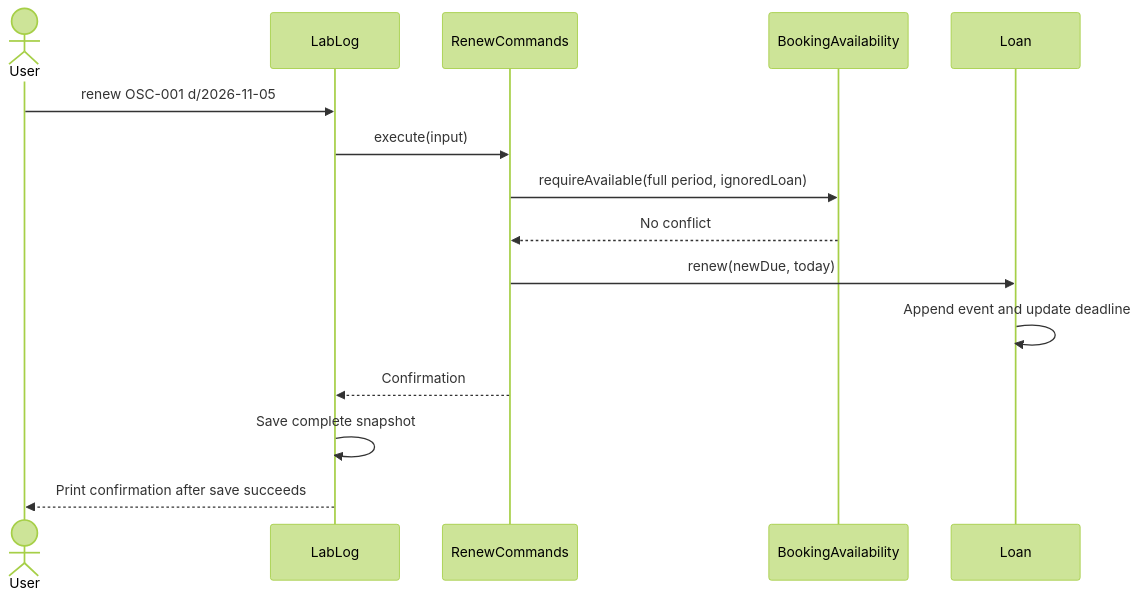
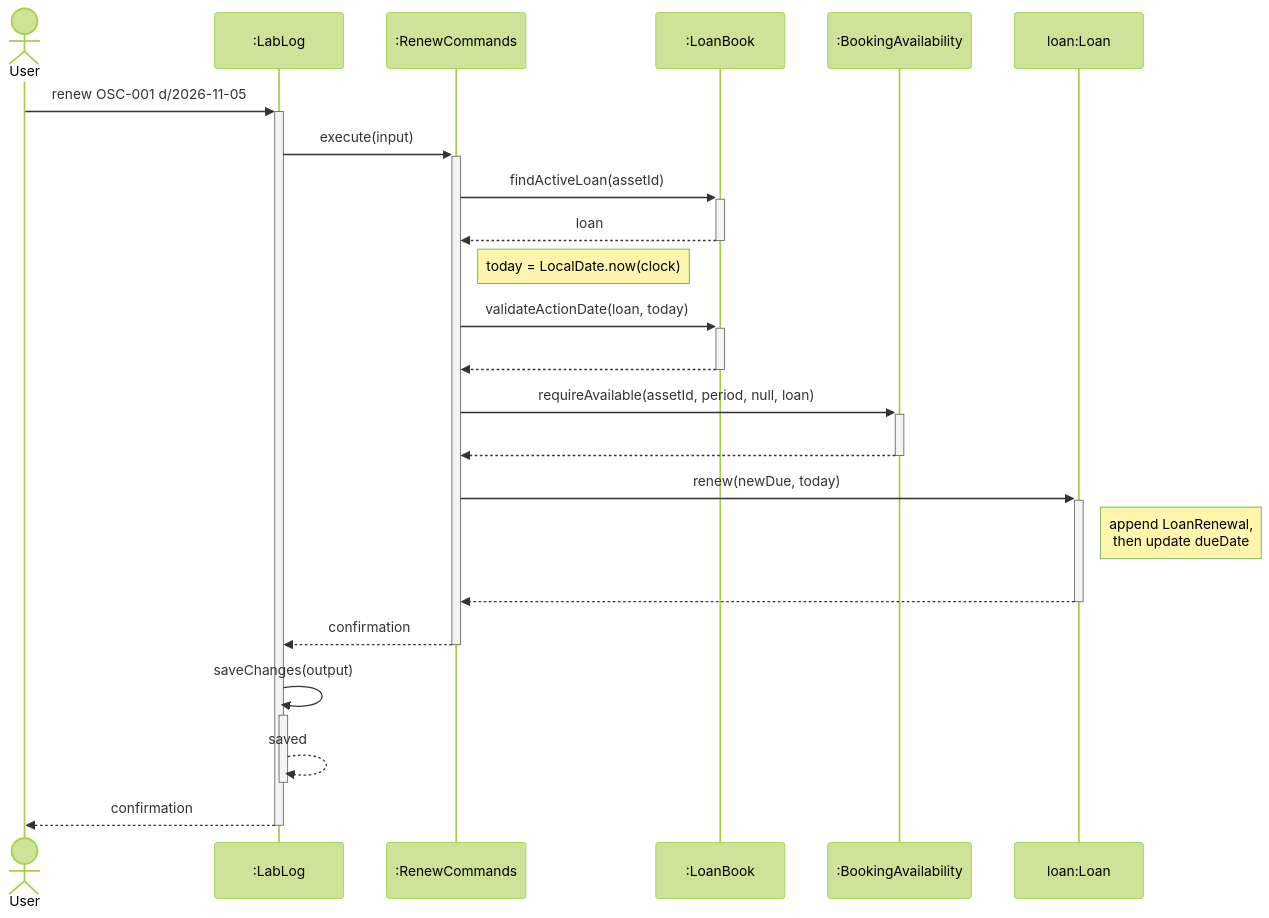
One commit to AY2627S1-CS2113-W13-3/tp changed the eighth of 12 diagrams in docs/DeveloperGuide.md. Above: the diagram before and after it, drawn with Mermaid (forest theme). The commit also changed other lines of this file and 6 other files, not shown here.

First line of the commit message:
docs: Fix UML diagrams and add DG overview

````diff
--- a/docs/DeveloperGuide.md
+++ b/docs/DeveloperGuide.md
@@ -568,17 +735,25 @@
 ```mermaid
 sequenceDiagram
     actor User
-    participant App as LabLog
-    participant Renew as RenewCommands
-    participant Policy as BookingAvailability
-    participant Loan
-    User->>App: renew OSC-001 d/2026-11-05
-    App->>Renew: execute(input)
-    Renew->>Policy: requireAvailable(full period, ignoredLoan)
-    Policy-->>Renew: No conflict
-    Renew->>Loan: renew(newDue, today)
-    Loan->>Loan: Append event and update deadline
-    Renew-->>App: Confirmation
-    App->>App: Save complete snapshot
-    App-->>User: Print confirmation after save succeeds
+    participant App as :LabLog
+    participant Renew as :RenewCommands
+    participant Book as :LoanBook
+    participant Policy as :BookingAvailability
+    participant Loan as loan:Loan
+    User->>+App: renew OSC-001 d/2026-11-05
+    App->>+Renew: execute(input)
+    Renew->>+Book: findActiveLoan(assetId)
+    Book-->>-Renew: loan
+    Note right of Renew: today = LocalDate.now(clock)
+    Renew->>+Book: validateActionDate(loan, today)
+    Book-->>-Renew: #nbsp;
+    Renew->>+Policy: requireAvailable(assetId, period, null, loan)
+    Policy-->>-Renew: #nbsp;
+    Renew->>+Loan: renew(newDue, today)
+    Note right of Loan: append LoanRenewal,<br/>then update dueDate
+    Loan-->>-Renew: #nbsp;
+    Renew-->>-App: confirmation
+    App->>+App: saveChanges(output)
+    App-->>-App: saved
+    App-->>-User: confirmation
 ```
````
